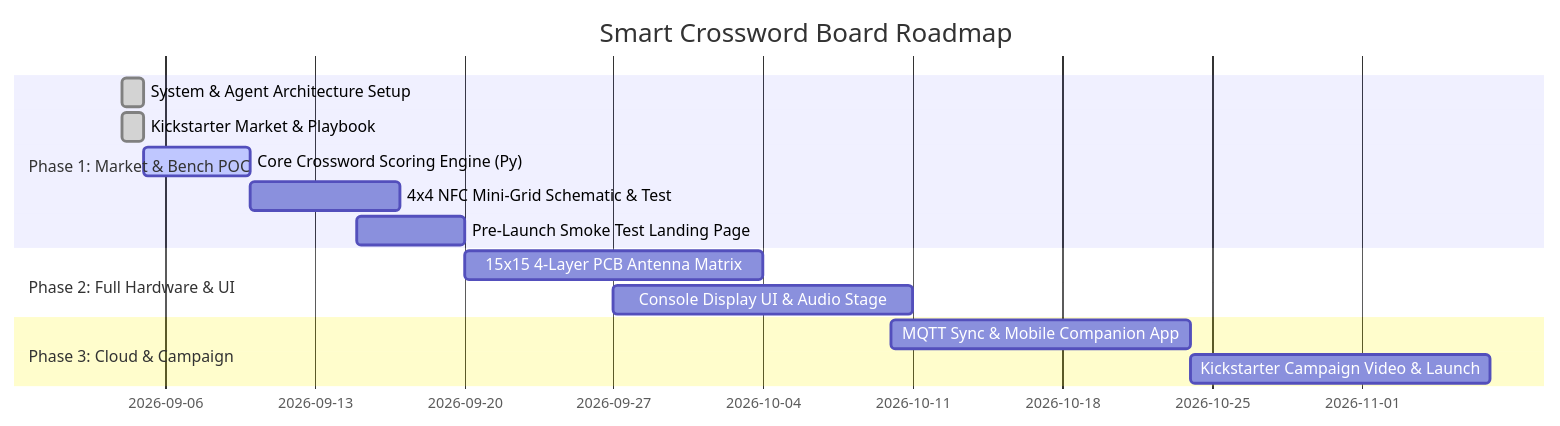
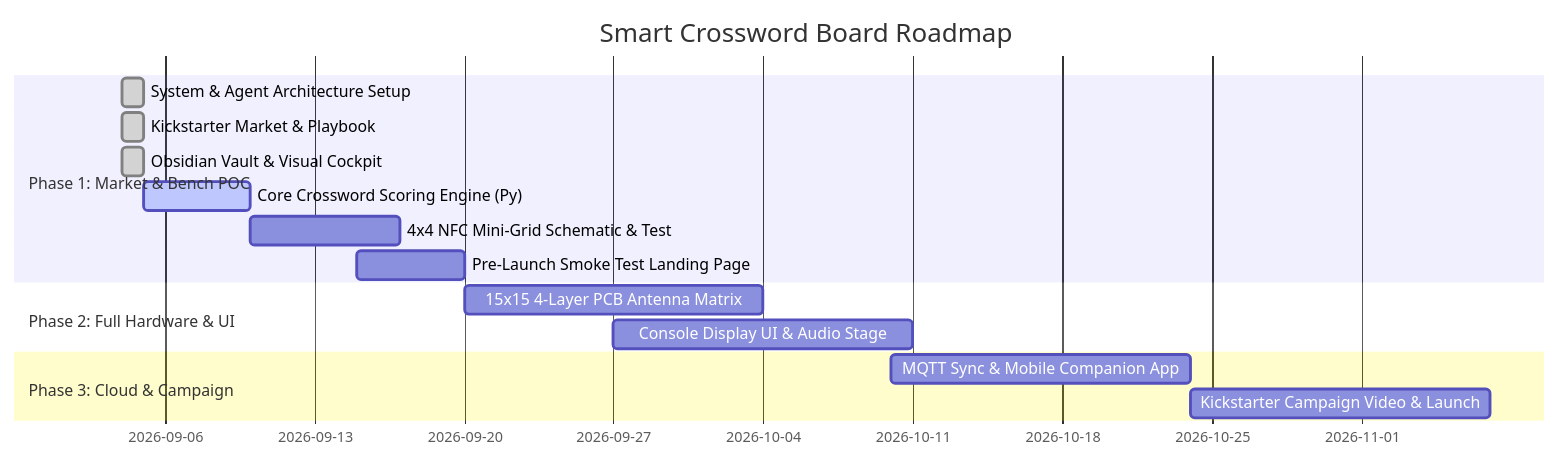
One commit to robindelis/Smart-Crossword- changed the diagram in PROJECT_STATE.md. Above: the diagram before and after it, drawn with Mermaid. The commit also changed other lines of this file, not shown here.

Commit message:
docs: update PROJECT_STATE.md with ADL-007 Obsidian cockpit milestone

````diff
--- a/PROJECT_STATE.md
+++ b/PROJECT_STATE.md
@@ -10,17 +10,18 @@
 ```mermaid
 gantt
     title Smart Crossword Board Roadmap
     dateFormat  YYYY-MM-DD
     section Phase 1: Market & Bench POC
     System & Agent Architecture Setup    :done, p1, 2026-09-04, 1d
     Kickstarter Market & Playbook        :done, p2, 2026-09-04, 1d
+    Obsidian Vault & Visual Cockpit      :done, p2b, 2026-09-04, 1d
     Core Crossword Scoring Engine (Py)   :active, p3, 2026-09-05, 5d
     4x4 NFC Mini-Grid Schematic & Test   :p4, 2026-09-10, 7d
     Pre-Launch Smoke Test Landing Page   :p5, 2026-09-15, 5d
     section Phase 2: Full Hardware & UI
     15x15 4-Layer PCB Antenna Matrix     :p6, 2026-09-20, 14d
     Console Display UI & Audio Stage     :p7, 2026-09-27, 14d
     section Phase 3: Cloud & Campaign
     MQTT Sync & Mobile Companion App     :p8, 2026-10-10, 14d
     Kickstarter Campaign Video & Launch  :p9, 2026-10-24, 14d
 ```
````
